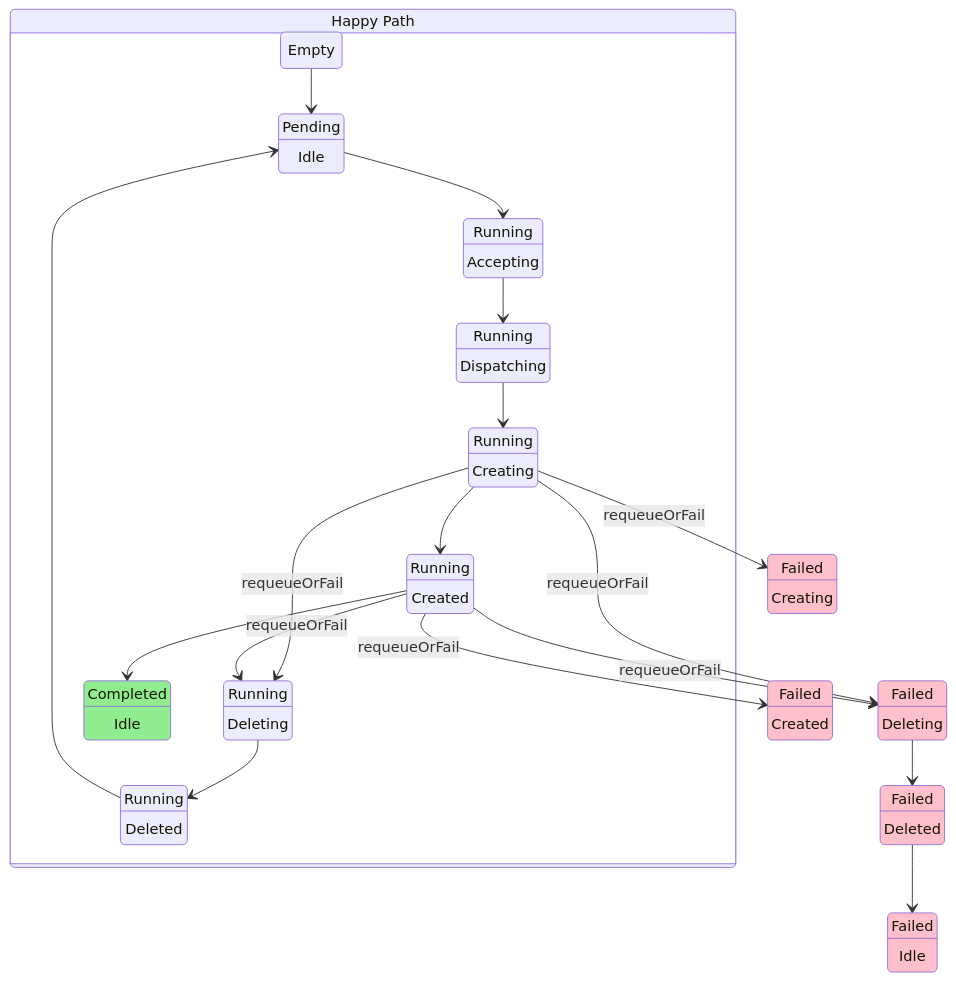
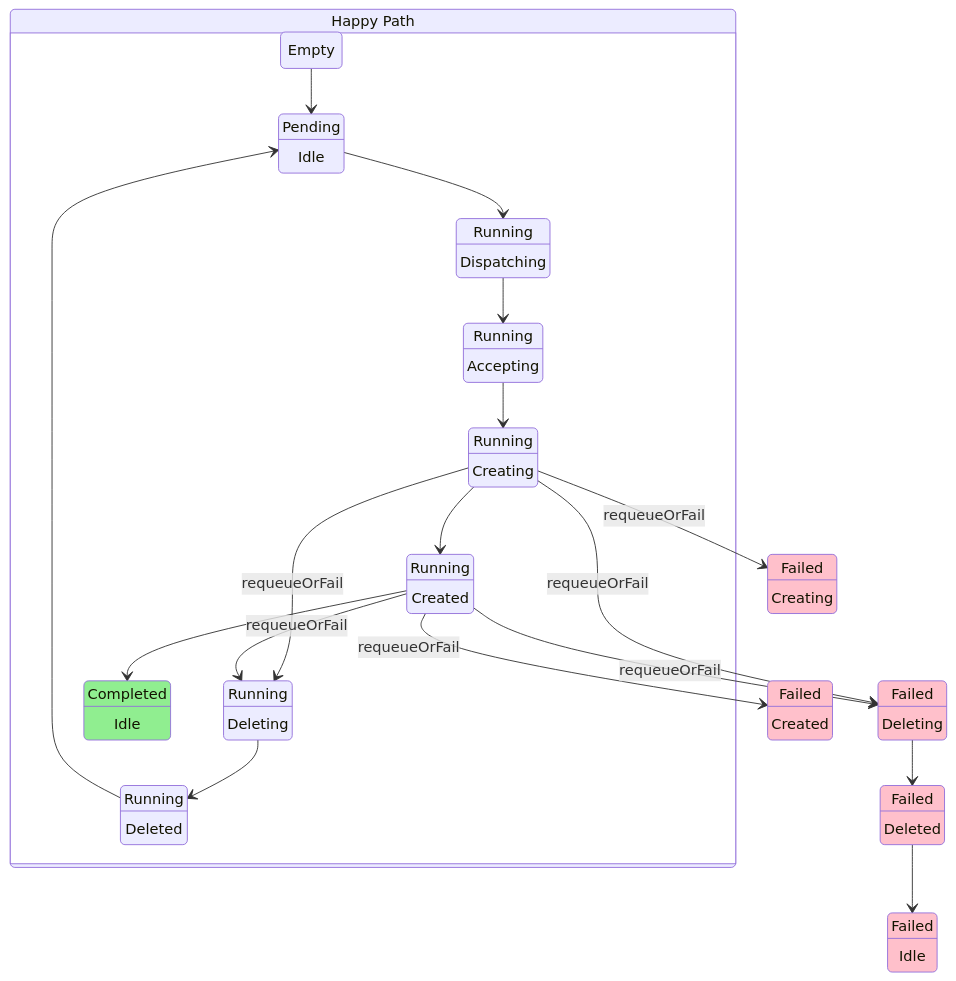
The diagram in docs/state-diagram.md (project-codeflare/mcad), drawn with Mermaid before and after one commit. The commit also changed 1 other file, not shown here.

Commit message:
Add state transition diagram focusing on dispatcher/runner split (#153)

````diff
--- a/docs/state-diagram.md
+++ b/docs/state-diagram.md
@@ -5,69 +5,69 @@
 ```mermaid
 stateDiagram-v2
     %% Empty
     e : Empty
 
     %% Queued
     qi : Pending
     qi : Idle
 
     %% Running
+    ri : Running
+    ri : Dispatching
     ra : Running
     ra : Accepting
-    ri : Running
-    ri : Dispatching
     rc : Running
     rc : Creating
     rcd : Running
     rcd : Created
     rd : Running
     rd : Deleting
     rf : Running
     rf : Deleted
 
     %% Succeeded
     si : Completed
     si : Idle
 
     %% Failed
     fc : Failed
     fc : Creating
     fcd : Failed
     fcd : Created
     fd : Failed
     fd : Deleting
     ff : Failed
     ff : Deleted
     fi: Failed
     fi : Idle
 
     HappyPath : Happy Path
     state HappyPath  {
         e --> qi
-        qi --> ra
-        ra --> ri
-        ri --> rc
+        qi --> ri
+        ri --> ra
+        ra --> rc
         rc --> rcd
         rcd --> si
         rc --> rd : requeueOrFail
         rcd --> rd : requeueOrFail
         rd --> rf
         rf --> qi
     }
     rc --> fc : requeueOrFail
     rc --> fd : requeueOrFail
     rcd --> fcd : requeueOrFail
     rcd --> fd : requeueOrFail
     fd --> ff
     ff --> fi
 
     classDef failed fill:pink
     class fi failed
     class fc failed
     class fcd failed
     class fd failed
     class ff failed
 
     classDef succeeded fill:lightgreen
     class si succeeded
 ```
````
